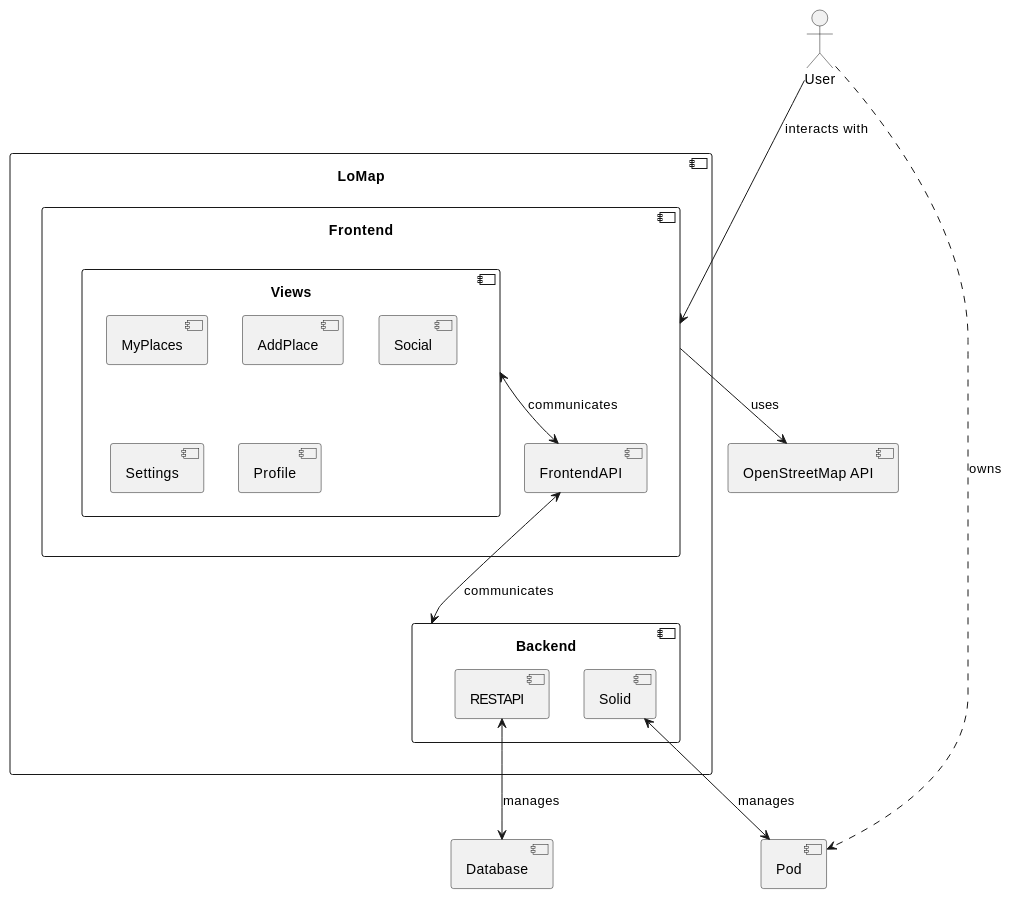
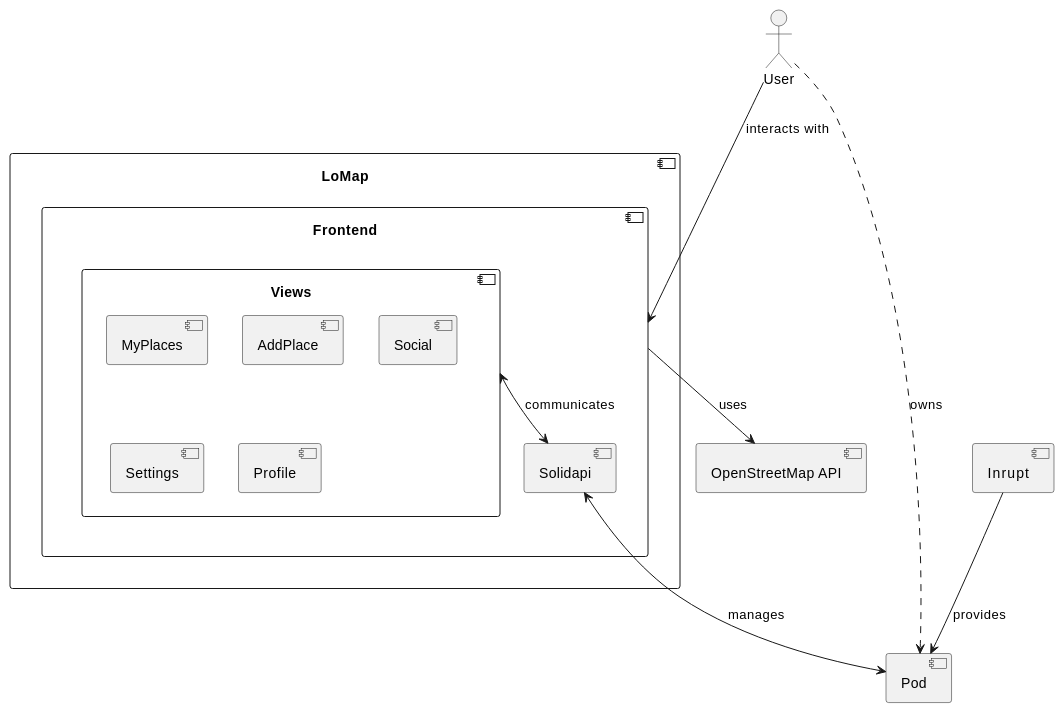
One commit to Arquisoft/lomap_es6b changed the second of 2 diagrams in docs/05_building_block_view.adoc. Above: the diagram before and after it, drawn with PlantUML. The commit also changed other lines of this file, not shown here.

```diff
--- a/docs/05_building_block_view.adoc
+++ b/docs/05_building_block_view.adoc
@@ -94,33 +53,30 @@
-[plantuml, "level3", png]
+[plantuml, "level2", png]
 ----
+
 Actor User
 Component LoMap {
     Component Frontend{
     Component Views{
         Component MyPlaces
         Component AddPlace
         Component Social
         Component Settings
         Component Profile
     }
-        Component FrontendAPI
-    }
-    Component Backend{
-        Component RESTAPI
-        Component Solid
+        Component Solidapi
     }
 
 }
+Component Inrupt
 Component Pod
 Component MapBox as "OpenStreetMap API"
-Component Database
 
 User --> Frontend: interacts with
+Inrupt--> Pod: provides
+
 User ..> Pod: owns
-Solid <--> Pod: manages
-RESTAPI <--> Database: manages
-Frontend --> MapBox: uses
-FrontendAPI <--> Backend: communicates
-Views <--> FrontendAPI: communicates
+Solidapi <--> Pod: manages
+Frontend--> MapBox: uses
+Views <--> Solidapi: communicates
 
 ----
```
